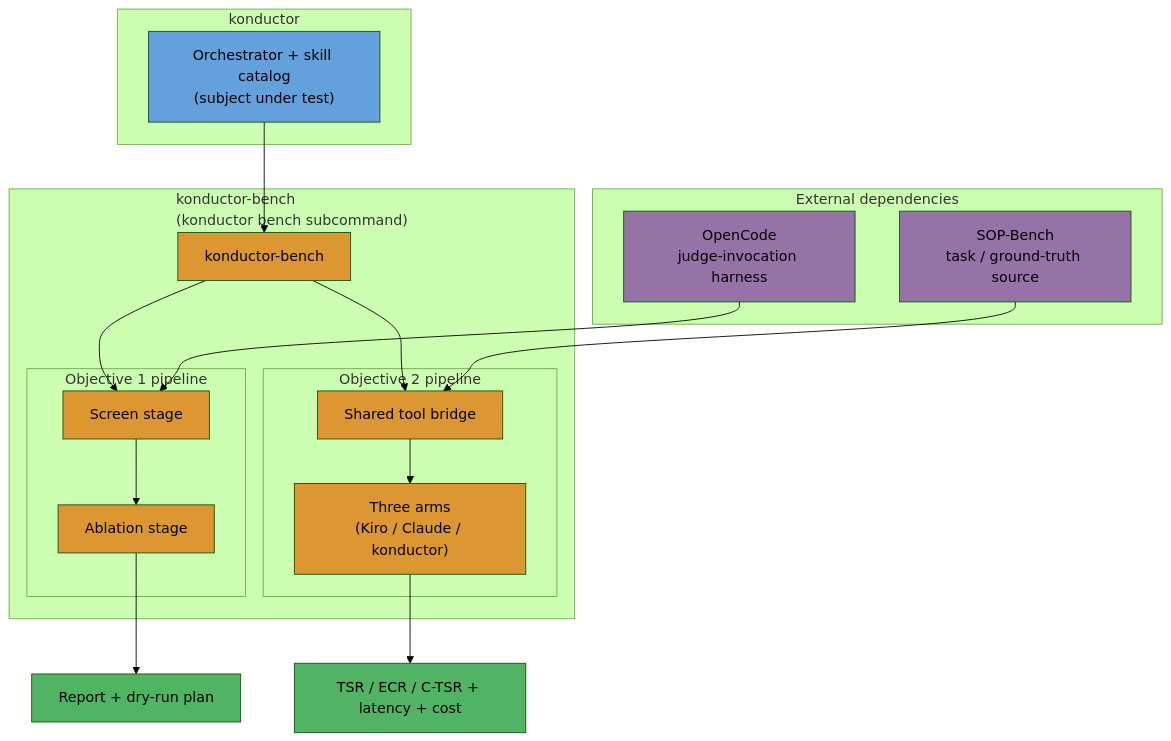
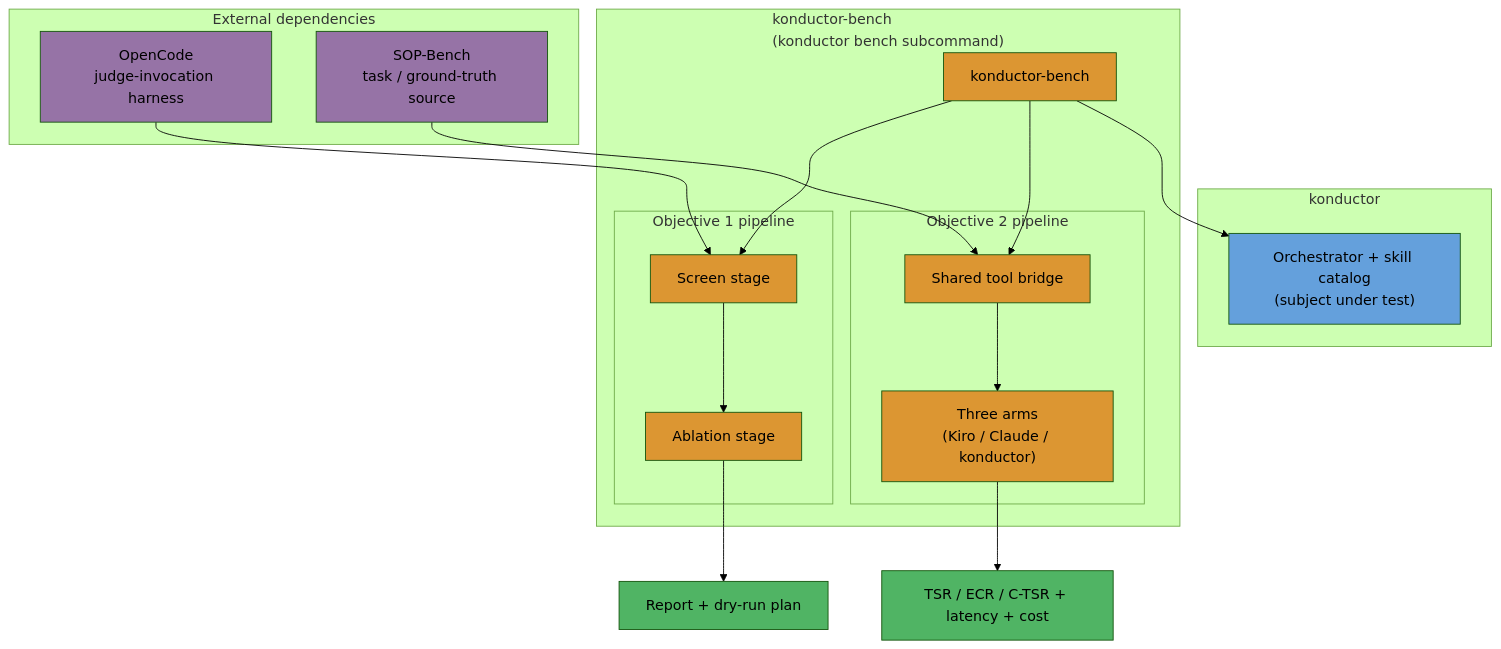
The first of 4 diagrams in .konductor/designs/benchmarking/design.md (aws-solutions/konductor), drawn with Mermaid (forest theme) before and after one commit. The commit also changed other lines of this file, not shown here.

````diff
--- a/.konductor/designs/benchmarking/design.md
+++ b/.konductor/designs/benchmarking/design.md
@@ -47,42 +53,42 @@
 ```mermaid
 flowchart TD
     subgraph K["konductor"]
         ORCH["Orchestrator + skill catalog<br/>(subject under test)"]
     end
 
     subgraph CB["konductor-bench<br/>(konductor bench subcommand)"]
         BENCH["konductor-bench"]
         subgraph P1["Objective 1 pipeline"]
             SCREEN["Screen stage"]
             ABLATE["Ablation stage"]
             SCREEN --> ABLATE
         end
         subgraph P2["Objective 2 pipeline"]
             BRIDGE["Shared tool bridge"]
             ARMS["Three arms<br/>(Kiro / Claude / konductor)"]
             BRIDGE --> ARMS
         end
         BENCH --> SCREEN
         BENCH --> BRIDGE
     end
 
     subgraph EXT["External dependencies"]
         OPENCODE["OpenCode<br/>judge-invocation harness"]
         SOPBENCH["SOP-Bench<br/>task / ground-truth source"]
     end
 
-    ORCH --> BENCH
+    BENCH --> ORCH
     OPENCODE --> SCREEN
     SOPBENCH --> BRIDGE
     ABLATE --> REPORT["Report + dry-run plan"]
     ARMS --> METRICS["TSR / ECR / C-TSR + latency + cost"]
 
     classDef subject fill:#64A0DC,color:#000000
     classDef dispatch fill:#DC9632,color:#000000
     classDef external fill:#9673A6,color:#000000
     classDef output fill:#50B464,color:#000000
     class ORCH subject
     class BENCH,SCREEN,ABLATE,BRIDGE,ARMS dispatch
     class OPENCODE,SOPBENCH external
     class REPORT,METRICS output
 ```
````
